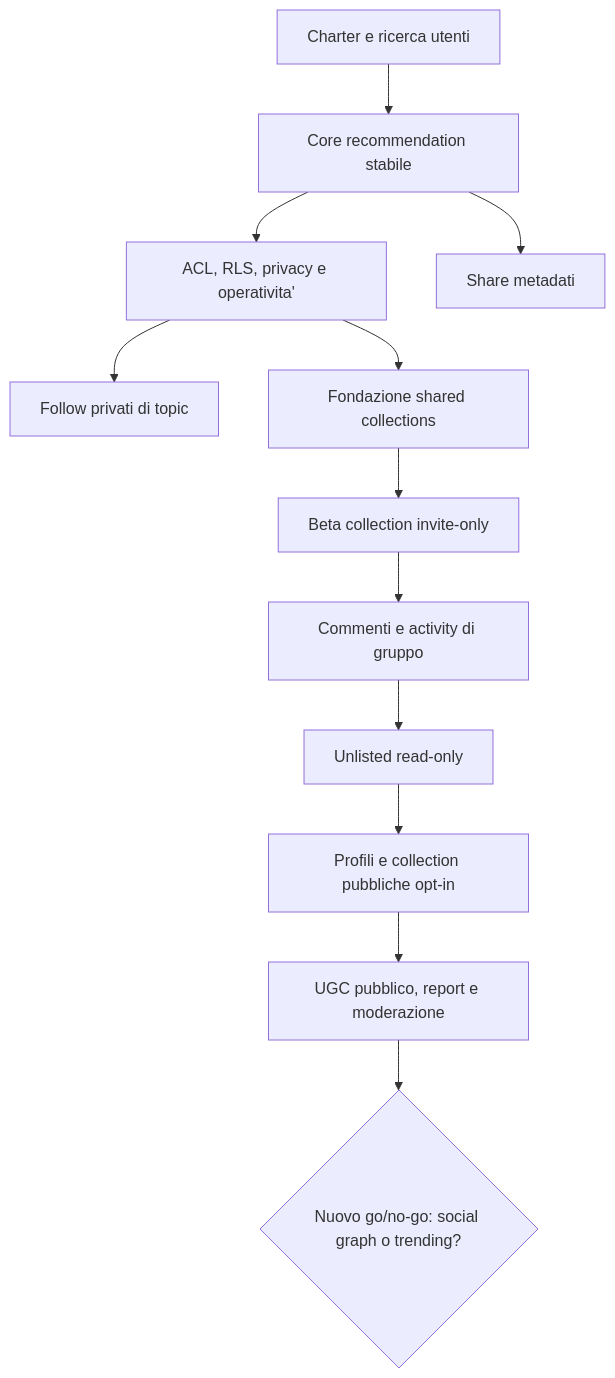
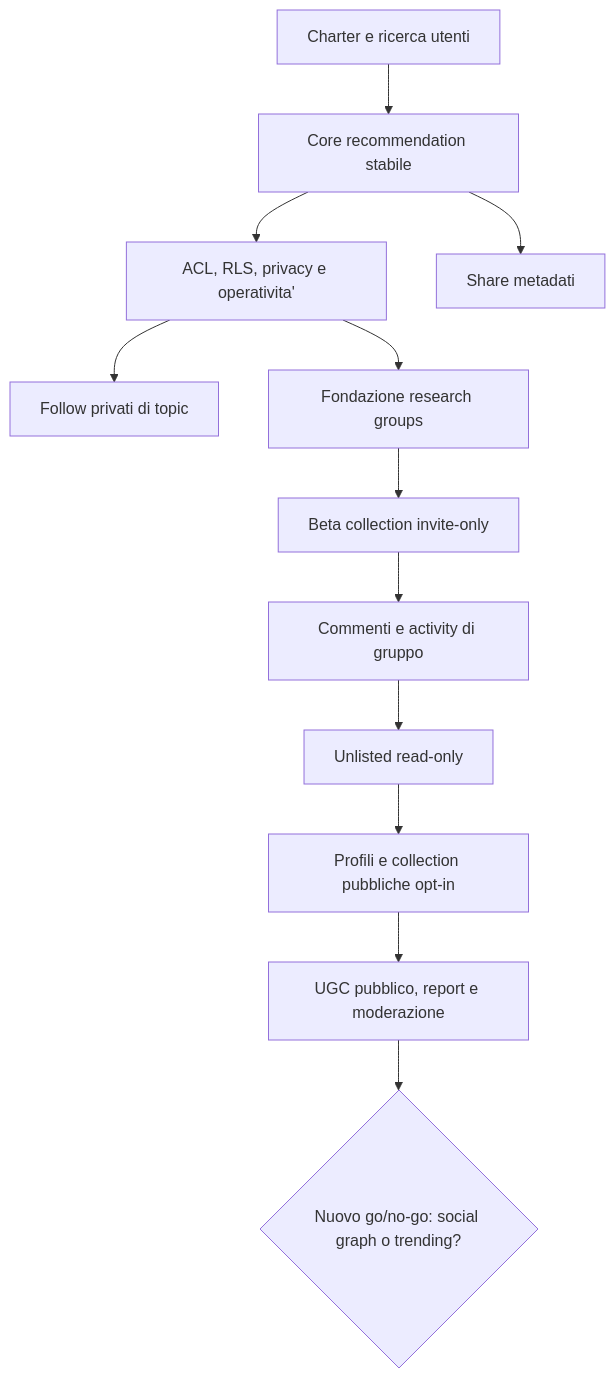
The diagram in docs/social-interactions-plan.md (Mik1810/PaperDeck), drawn with Mermaid before and after one commit. The commit also changed other lines of this file and 14 other files, not shown here.

````diff
--- a/docs/social-interactions-plan.md
+++ b/docs/social-interactions-plan.md
@@ -184,14 +184,14 @@
 ```mermaid
 flowchart TD
   A[Charter e ricerca utenti] --> B[Core recommendation stabile]
   B --> C[ACL, RLS, privacy e operativita']
   B --> D[Share metadati]
   C --> E[Follow privati di topic]
-  C --> F[Fondazione shared collections]
+  C --> F[Fondazione research groups]
   F --> G[Beta collection invite-only]
   G --> H[Commenti e activity di gruppo]
   H --> I[Unlisted read-only]
   I --> J[Profili e collection pubbliche opt-in]
   J --> K[UGC pubblico, report e moderazione]
   K --> L{Nuovo go/no-go: social graph o trending?}
 ```
````
